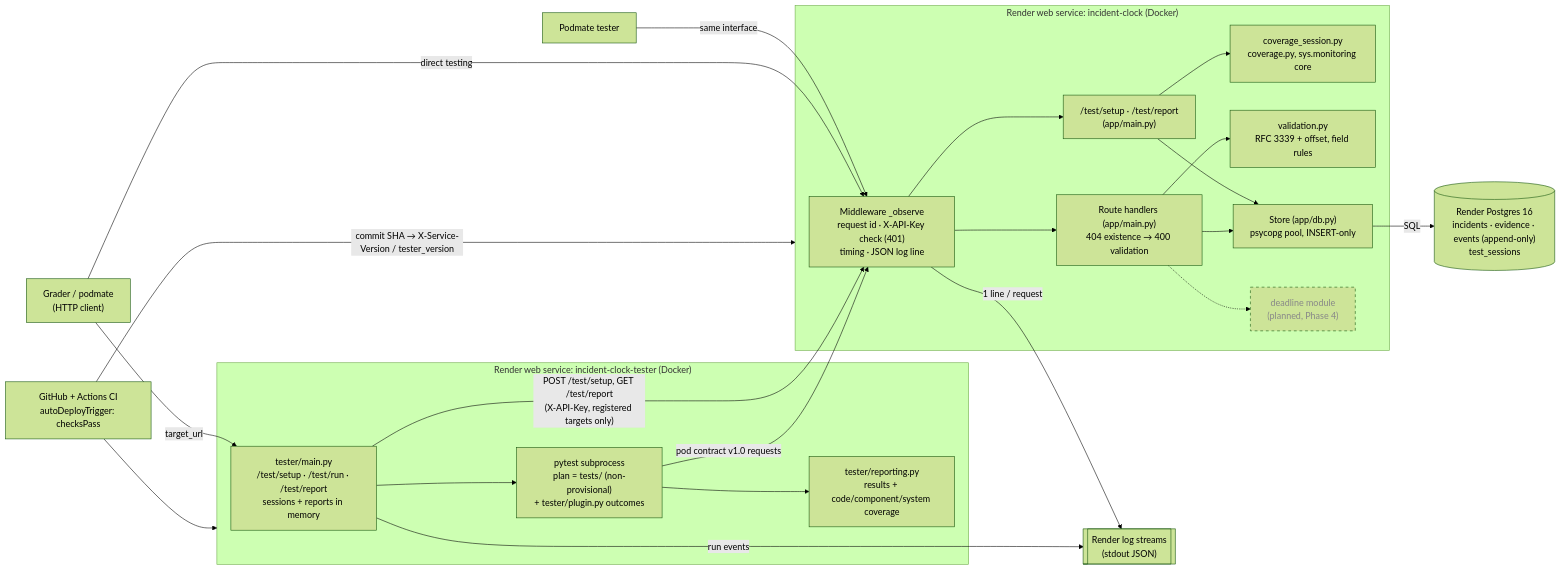
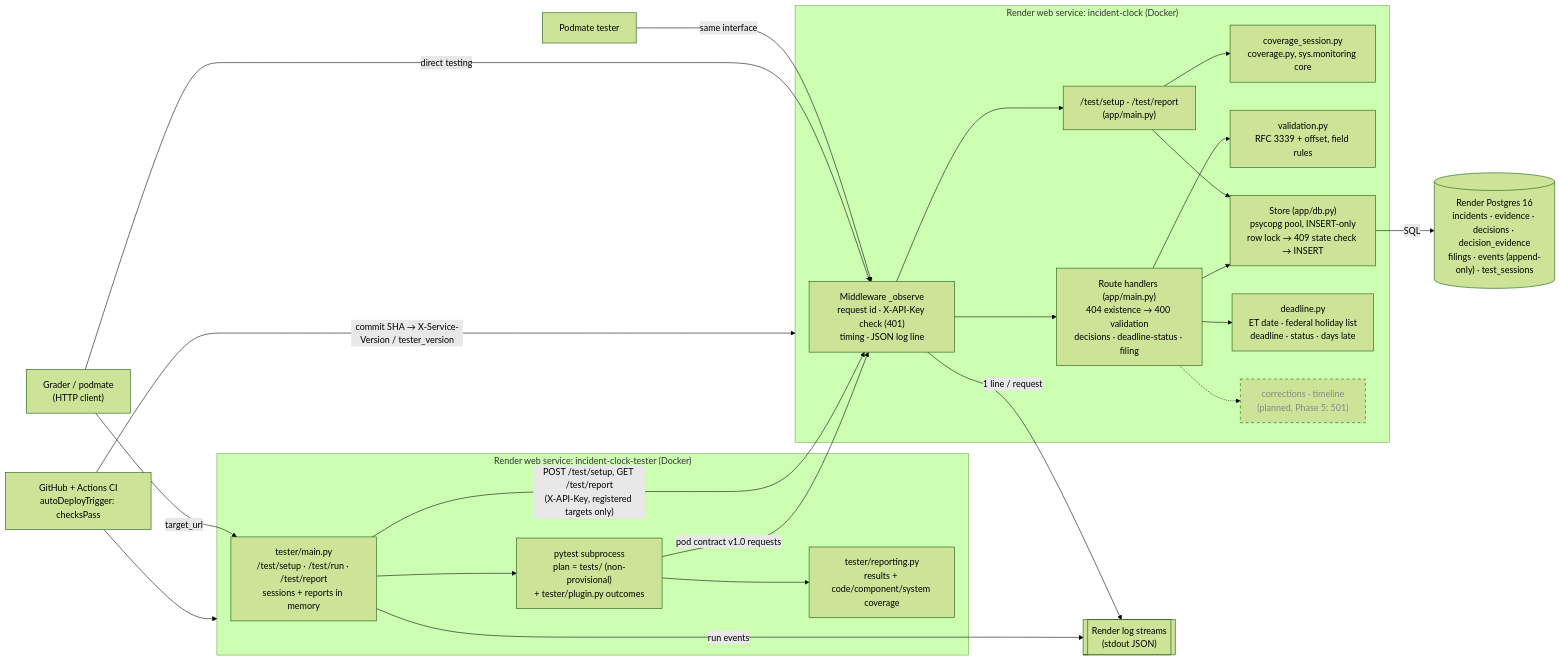
One commit to saachikayadav/incident-clock changed the first of 6 diagrams in docs/models.md. Above: the diagram before and after it, drawn with Mermaid (forest theme). The commit also changed other lines of this file and 26 other files, not shown here.

Commit message:
Phase 4: decisions, state rules, deadline calculator, deadline status, filing

````diff
--- a/docs/models.md
+++ b/docs/models.md
@@ -22,48 +22,50 @@
 ```mermaid
 flowchart LR
   G["Grader / podmate<br/>(HTTP client)"]
   PT["Podmate tester"]
 
   subgraph TS["Render web service: incident-clock-tester (Docker)"]
     TA["tester/main.py<br/>/test/setup · /test/run · /test/report<br/>sessions + reports in memory"]
     TP["pytest subprocess<br/>plan = tests/ (non-provisional)<br/>+ tester/plugin.py outcomes"]
     TR["tester/reporting.py<br/>results + code/component/system coverage"]
   end
 
   subgraph SYS["Render web service: incident-clock (Docker)"]
     MW["Middleware _observe<br/>request id · X-API-Key check (401)<br/>timing · JSON log line"]
-    H["Route handlers (app/main.py)<br/>404 existence → 400 validation"]
+    H["Route handlers (app/main.py)<br/>404 existence → 400 validation<br/>decisions · deadline-status · filing"]
     TI["/test/setup · /test/report<br/>(app/main.py)"]
     CV["coverage_session.py<br/>coverage.py, sys.monitoring core"]
     V["validation.py<br/>RFC 3339 + offset, field rules"]
-    S["Store (app/db.py)<br/>psycopg pool, INSERT-only"]
-    D["deadline module<br/>(planned, Phase 4)"]
+    S["Store (app/db.py)<br/>psycopg pool, INSERT-only<br/>row lock → 409 state check → INSERT"]
+    D["deadline.py<br/>ET date · federal holiday list<br/>deadline · status · days late"]
+    C["corrections · timeline<br/>(planned, Phase 5: 501)"]
   end
 
-  DB[("Render Postgres 16<br/>incidents · evidence · events (append-only)<br/>test_sessions")]
+  DB[("Render Postgres 16<br/>incidents · evidence · decisions · decision_evidence<br/>filings · events (append-only) · test_sessions")]
   LOG[["Render log streams<br/>(stdout JSON)"]]
   GH["GitHub + Actions CI<br/>autoDeployTrigger: checksPass"]
 
   G -- "target_url" --> TA
   TA --> TP
   TP --> TR
   TA -- "POST /test/setup, GET /test/report<br/>(X-API-Key, registered targets only)" --> MW
   TP -- "pod contract v1.0 requests" --> MW
   PT -- "same interface" --> MW
   G -- "direct testing" --> MW
   MW --> H
   MW --> TI
   TI --> CV
   TI --> S
   H --> V
   H --> S
   S -- "SQL" --> DB
   MW -- "1 line / request" --> LOG
   TA -- "run events" --> LOG
   GH -- "commit SHA → X-Service-Version / tester_version" --> SYS
   GH --> TS
-  H -.-> D
+  H --> D
+  H -.-> C
 
   classDef planned stroke-dasharray: 5 5,color:#888;
-  class D planned;
+  class C planned;
 ```
````
